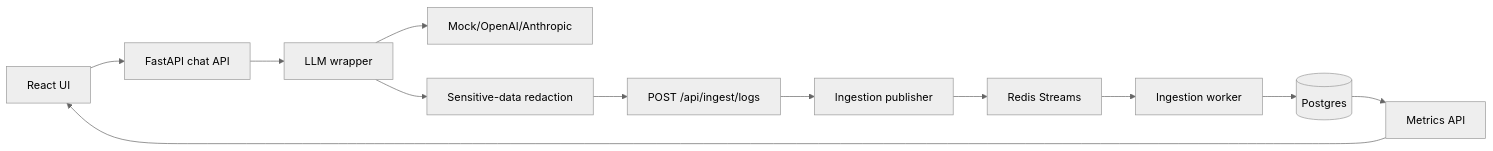
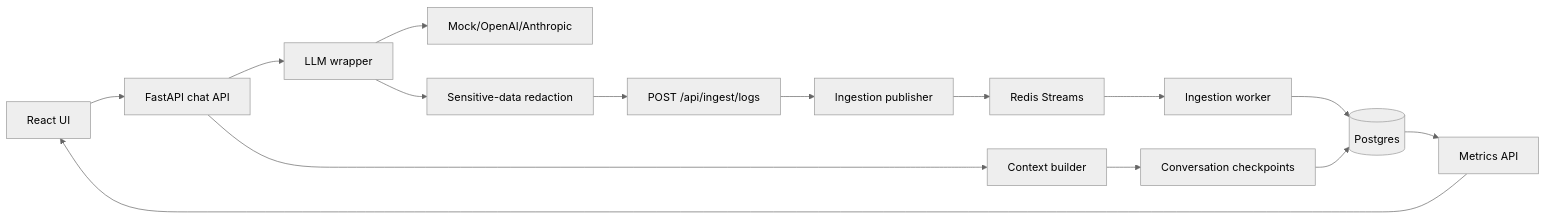
Before and after one commit to vishal2612200/LLMTrace: the first of 2 diagrams in docs/architecture.md, drawn with Mermaid (neutral theme). The commit also changed other lines of this file and 40 other files, not shown here.

Commit message:
Implement context checkpoints and harness UI

````diff
--- a/docs/architecture.md
+++ b/docs/architecture.md
@@ -5,14 +5,17 @@
 ```mermaid
 flowchart LR
   UI[React UI] --> Chat[FastAPI chat API]
+  Chat --> Context[Context builder]
+  Context --> Checkpoints[Conversation checkpoints]
   Chat --> SDK[LLM wrapper]
   SDK --> Provider[Mock/OpenAI/Anthropic]
   SDK --> Redact[Sensitive-data redaction]
   Redact --> HTTPIngest[POST /api/ingest/logs]
   HTTPIngest --> Ingest[Ingestion publisher]
   Ingest --> Redis[Redis Streams]
   Redis --> Worker[Ingestion worker]
   Worker --> DB[(Postgres)]
+  Checkpoints --> DB
   DB --> Metrics[Metrics API]
   Metrics --> UI
 ```
````
